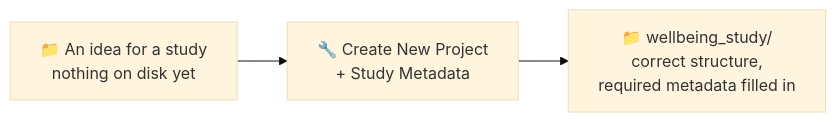
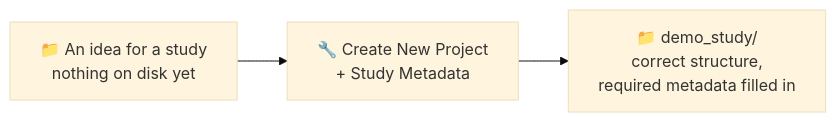
The diagram in docs/TUTORIAL_BEGINNER_1_NEW_PROJECT.md (MRI-Lab-Graz/prism-studio), drawn with Mermaid (base theme) before and after one commit. The commit also changed other lines of this file and 33 other files, not shown here.

````diff
--- a/docs/TUTORIAL_BEGINNER_1_NEW_PROJECT.md
+++ b/docs/TUTORIAL_BEGINNER_1_NEW_PROJECT.md
@@ -13,5 +13,5 @@
 ```{mermaid}
 flowchart LR
     A["📁 An idea for a study<br/>nothing on disk yet"] --> B["🔧 Create New Project<br/>+ Study Metadata"]
-    B --> C["📁 wellbeing_study/<br/>correct structure,<br/>required metadata filled in"]
+    B --> C["📁 demo_study/<br/>correct structure,<br/>required metadata filled in"]
 ```
````
